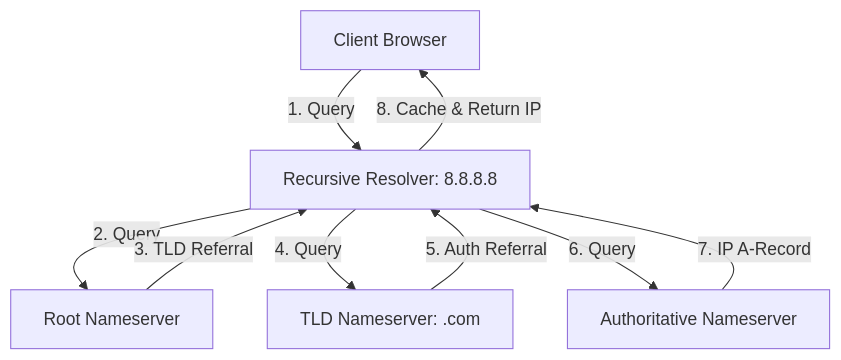
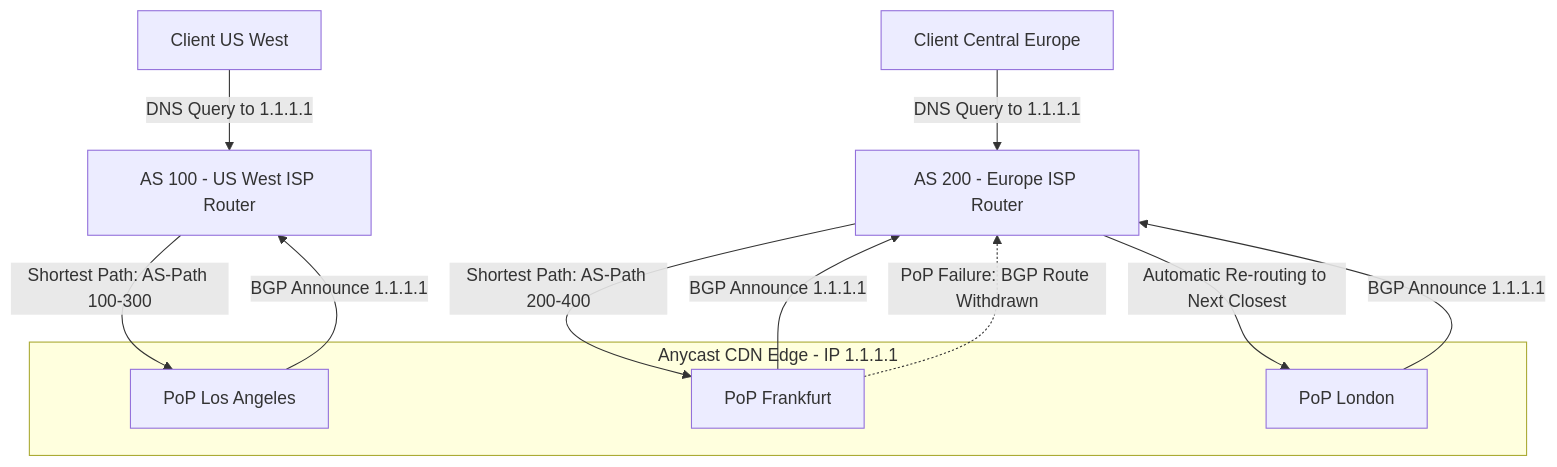
The diagram in high-level-design/concepts/18-dns-anycast-routing.md (gp330841/interview), drawn with Mermaid before and after one commit. The commit also changed other lines of this file and 66 other files, not shown here.

````diff
--- a/high-level-design/concepts/18-dns-anycast-routing.md
+++ b/high-level-design/concepts/18-dns-anycast-routing.md
@@ -10,11 +47,33 @@
 ```mermaid
 flowchart TD
-    Client[Client Browser] -->|1. Query| Resolver[Recursive Resolver: 8.8.8.8]
-    Resolver -->|2. Query| Root[Root Nameserver]
-    Root -->|3. TLD Referral| Resolver
-    Resolver -->|4. Query| TLD[TLD Nameserver: .com]
-    TLD -->|5. Auth Referral| Resolver
-    Resolver -->|6. Query| Auth[Authoritative Nameserver]
-    Auth -->|7. IP A-Record| Resolver
-    Resolver -->|8. Cache & Return IP| Client
+    %% Clients
+    ClientUS[Client US West]
+    ClientEU[Client Central Europe]
+    
+    %% Internet Routers (Autonomous Systems)
+    RouterAS100[AS 100 - US West ISP Router]
+    RouterAS200[AS 200 - Europe ISP Router]
+    
+    %% Anycast Points of Presence (PoPs) - All sharing IP 1.1.1.1
+    subgraph EdgePoPs [Anycast CDN Edge - IP 1.1.1.1]
+        PoPLA[PoP Los Angeles]
+        PoPFRA[PoP Frankfurt]
+        PoPLON[PoP London]
+    end
+
+    %% BGP Announcements
+    PoPLA -->|BGP Announce 1.1.1.1| RouterAS100
+    PoPFRA -->|BGP Announce 1.1.1.1| RouterAS200
+    PoPLON -->|BGP Announce 1.1.1.1| RouterAS200
+
+    %% Client Routing
+    ClientUS -->|DNS Query to 1.1.1.1| RouterAS100
+    RouterAS100 -->|Shortest Path: AS-Path 100-300| PoPLA
+    
+    ClientEU -->|DNS Query to 1.1.1.1| RouterAS200
+    RouterAS200 -->|Shortest Path: AS-Path 200-400| PoPFRA
+    
+    %% Failover scenario
+    PoPFRA -.->|PoP Failure: BGP Route Withdrawn| RouterAS200
+    RouterAS200 -->|Automatic Re-routing to Next Closest| PoPLON
 ```
````
